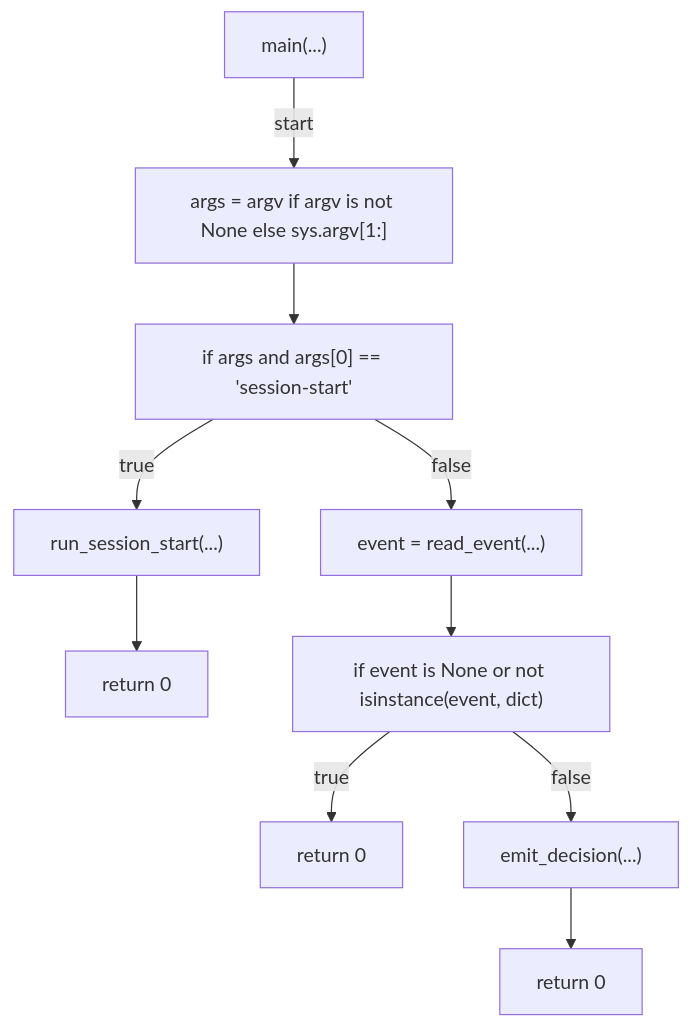
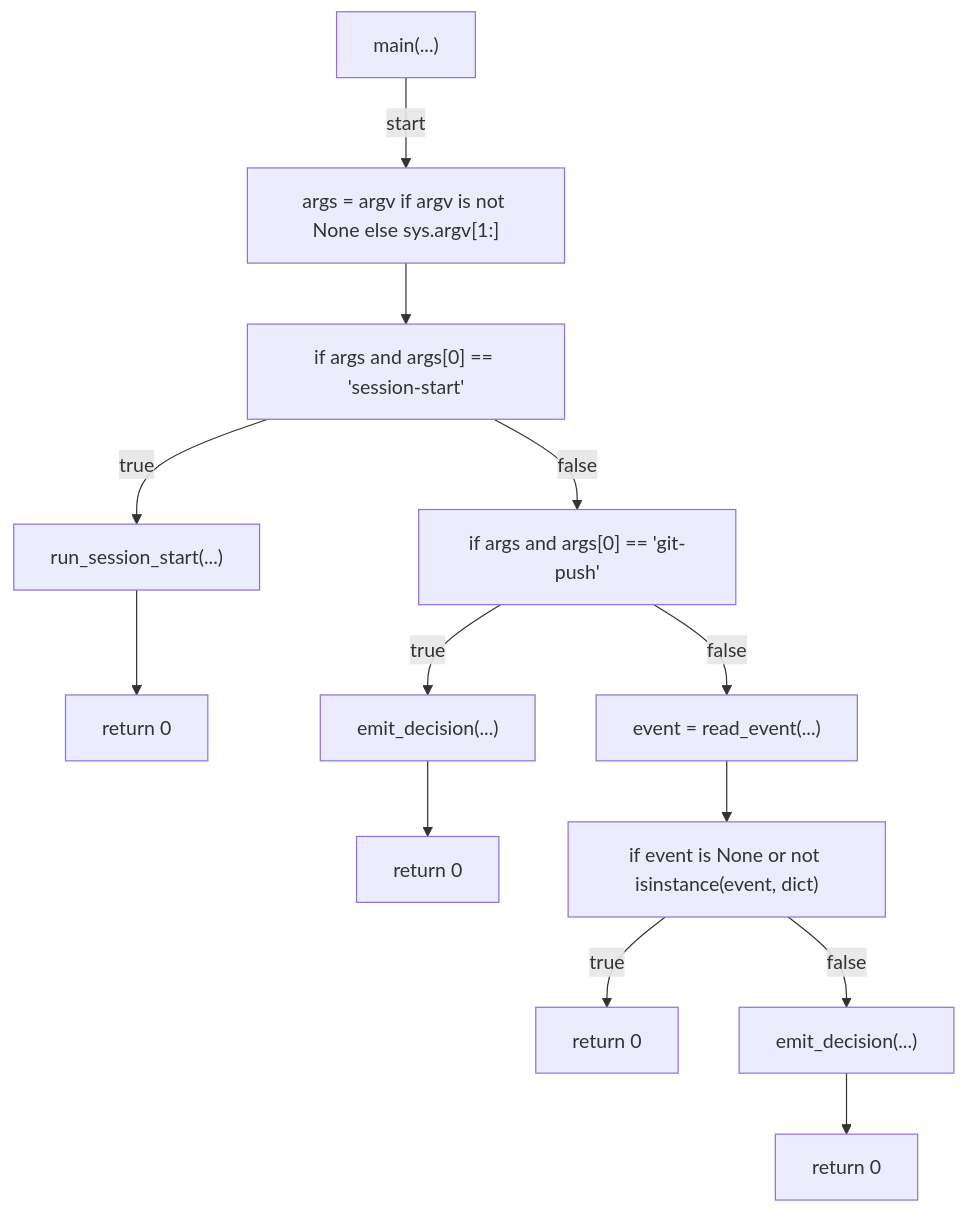
One commit to tvna/claude-md changed diagram 14 of 14 in docs/generated/scripts/ast/check_pr_mergeability.md. Above: the diagram before and after it, drawn with Mermaid. The commit also changed other lines of this file, not shown here.

First line of the commit message:
docs(generated): regenerate decision tree and workflow diagrams

````diff
--- a/docs/generated/scripts/ast/check_pr_mergeability.md
+++ b/docs/generated/scripts/ast/check_pr_mergeability.md
@@ -322,22 +421,28 @@
 ```mermaid
 flowchart TD
     N001["main(...)"]
     N002["args = argv if argv is not None else sys.argv[1:]"]
     N003["if args and args[0] == 'session-start'"]
     N004["run_session_start(...)"]
     N005["return 0"]
-    N006["event = read_event(...)"]
-    N007["if event is None or not isinstance(event, dict)"]
+    N006["if args and args[0] == 'git-push'"]
+    N007["emit_decision(...)"]
     N008["return 0"]
-    N009["emit_decision(...)"]
-    N010["return 0"]
+    N009["event = read_event(...)"]
+    N010["if event is None or not isinstance(event, dict)"]
+    N011["return 0"]
+    N012["emit_decision(...)"]
+    N013["return 0"]
     N001 -->|"start"| N002
     N002 --> N003
     N003 -->|"true"| N004
     N004 --> N005
     N003 -->|"false"| N006
-    N006 --> N007
-    N007 -->|"true"| N008
-    N007 -->|"false"| N009
+    N006 -->|"true"| N007
+    N007 --> N008
+    N006 -->|"false"| N009
     N009 --> N010
+    N010 -->|"true"| N011
+    N010 -->|"false"| N012
+    N012 --> N013
 ```
````
